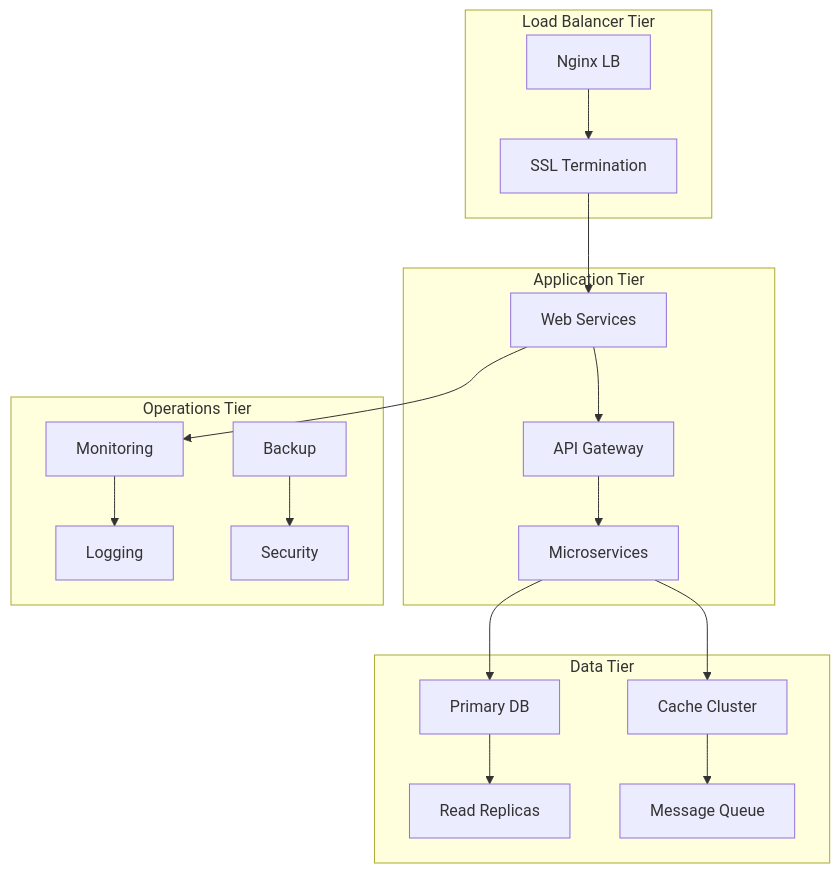
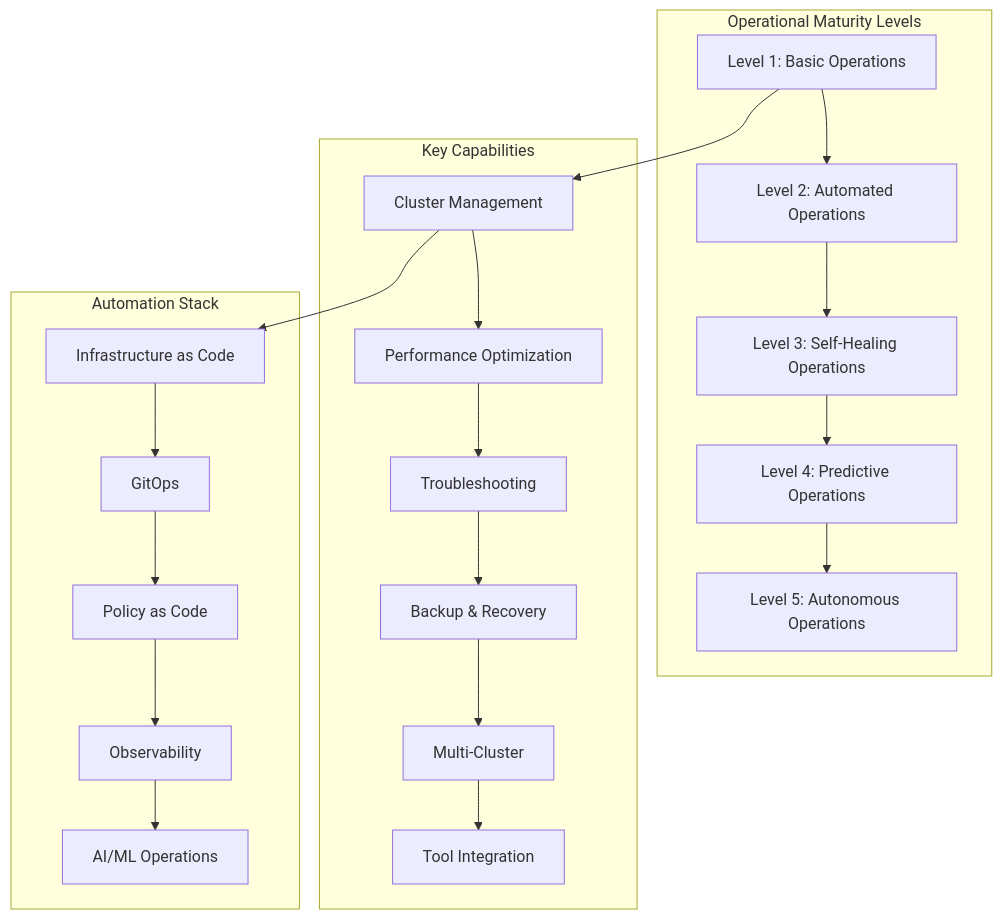
One commit to niceguy61/kdt_devops_lecture_2025 changed the diagram in week_02/day_04/session_08.md. Above: the diagram before and after it, drawn with Mermaid. The commit also changed other lines of this file and 41 other files, not shown here.

````diff
--- a/week_02/day_04/session_08.md
+++ b/week_02/day_04/session_08.md
@@ -15,26 +15,27 @@
 ```mermaid
 graph TB
-    subgraph "Load Balancer Tier"
-        A[Nginx LB] --> B[SSL Termination]
+    subgraph "Operational Maturity Levels"
+        A[Level 1: Basic Operations] --> B[Level 2: Automated Operations]
+        B --> C[Level 3: Self-Healing Operations]
+        C --> D[Level 4: Predictive Operations]
+        D --> E[Level 5: Autonomous Operations]
     end
     
-    subgraph "Application Tier"
-        C[Web Services] --> D[API Gateway]
-        D --> E[Microservices]
+    subgraph "Key Capabilities"
+        F[Cluster Management] --> G[Performance Optimization]
+        G --> H[Troubleshooting]
+        H --> I[Backup & Recovery]
+        I --> J[Multi-Cluster]
+        J --> K[Tool Integration]
     end
     
-    subgraph "Data Tier"
-        F[Primary DB] --> G[Read Replicas]
-        H[Cache Cluster] --> I[Message Queue]
+    subgraph "Automation Stack"
+        L[Infrastructure as Code] --> M[GitOps]
+        M --> N[Policy as Code]
+        N --> O[Observability]
+        O --> P[AI/ML Operations]
     end
     
-    subgraph "Operations Tier"
-        J[Monitoring] --> K[Logging]
-        L[Backup] --> M[Security]
-    end
-    
-    B --> C
-    E --> F
-    E --> H
-    C --> J
+    A --> F
+    F --> L
 ```
````
